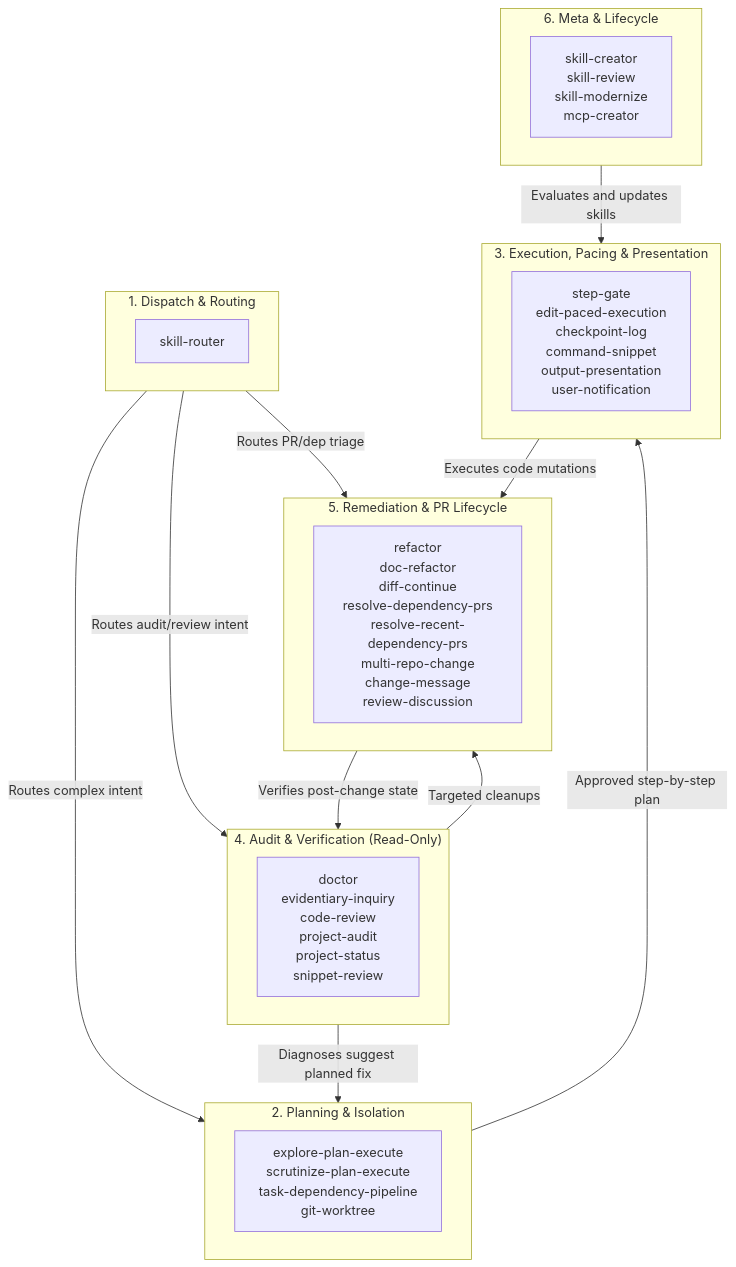
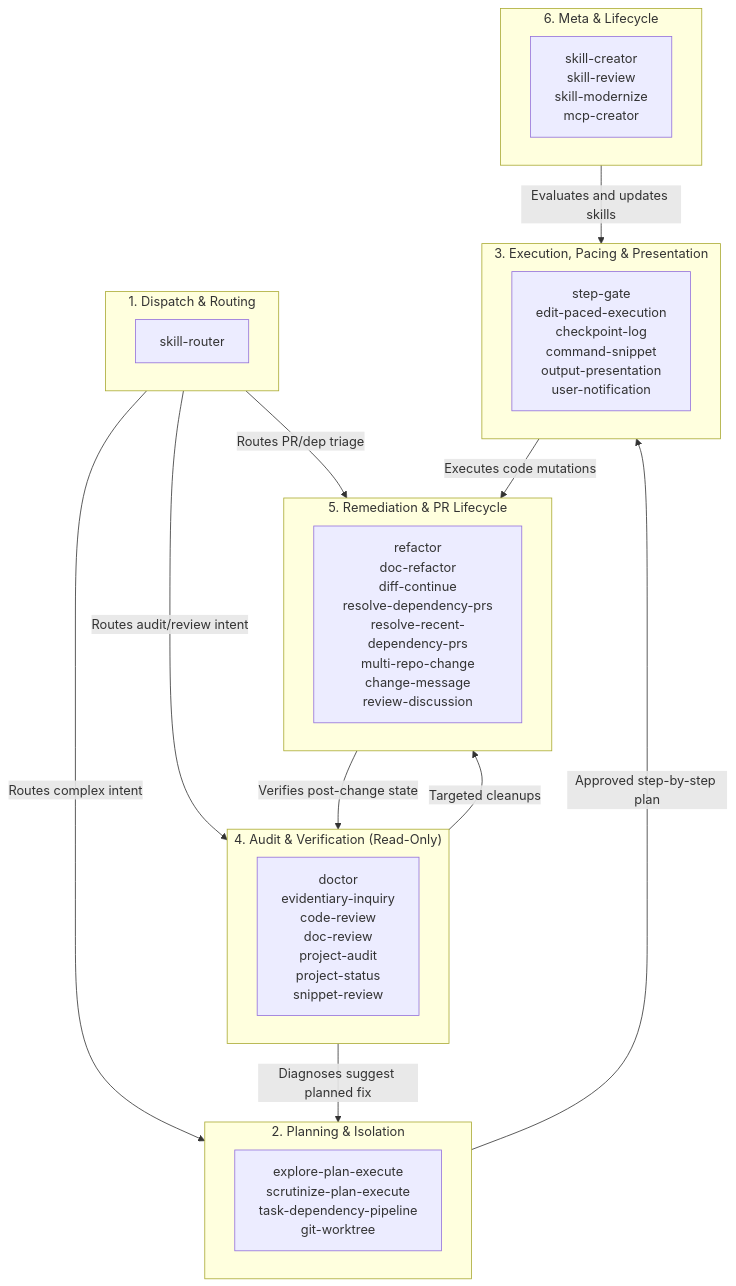
The diagram in AGENTS.md (berquerant/agent-skills), drawn with Mermaid before and after one commit. The commit also changed other lines of this file and 9 other files, not shown here.

````diff
--- a/AGENTS.md
+++ b/AGENTS.md
@@ -69,37 +69,37 @@
 ```mermaid
 flowchart TD
     subgraph Dispatch ["1. Dispatch & Routing"]
         SR["skill-router"]
     end
 
     subgraph Planning ["2. Planning & Isolation"]
         PLAN["explore-plan-execute<br/>scrutinize-plan-execute<br/>task-dependency-pipeline<br/>git-worktree"]
     end
 
     subgraph Execution ["3. Execution, Pacing & Presentation"]
         EXEC["step-gate<br/>edit-paced-execution<br/>checkpoint-log<br/>command-snippet<br/>output-presentation<br/>user-notification"]
     end
 
     subgraph Audit ["4. Audit & Verification (Read-Only)"]
-        AUD["doctor<br/>evidentiary-inquiry<br/>code-review<br/>project-audit<br/>project-status<br/>snippet-review"]
+        AUD["doctor<br/>evidentiary-inquiry<br/>code-review<br/>doc-review<br/>project-audit<br/>project-status<br/>snippet-review"]
     end
 
     subgraph Remediation ["5. Remediation & PR Lifecycle"]
         REM["refactor<br/>doc-refactor<br/>diff-continue<br/>resolve-dependency-prs<br/>resolve-recent-dependency-prs<br/>multi-repo-change<br/>change-message<br/>review-discussion"]
     end
 
     subgraph Meta ["6. Meta & Lifecycle"]
         META["skill-creator<br/>skill-review<br/>skill-modernize<br/>mcp-creator"]
     end
 
     %% High-level hand-offs
     Dispatch -->|"Routes complex intent"| Planning
     Dispatch -->|"Routes audit/review intent"| Audit
     Dispatch -->|"Routes PR/dep triage"| Remediation
     Audit -->|"Diagnoses suggest planned fix"| Planning
     Audit -->|"Targeted cleanups"| Remediation
     Planning -->|"Approved step-by-step plan"| Execution
     Execution -->|"Executes code mutations"| Remediation
     Remediation -->|"Verifies post-change state"| Audit
     Meta -->|"Evaluates and updates skills"| Execution
 ```
````
